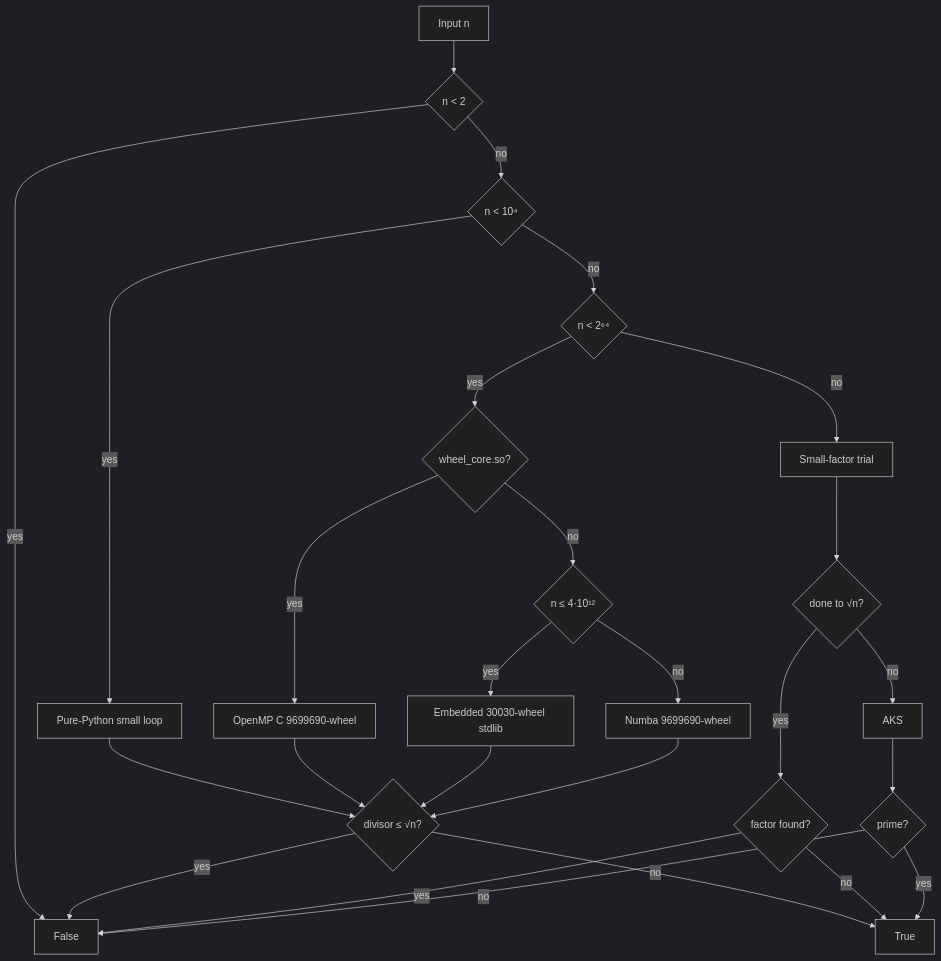
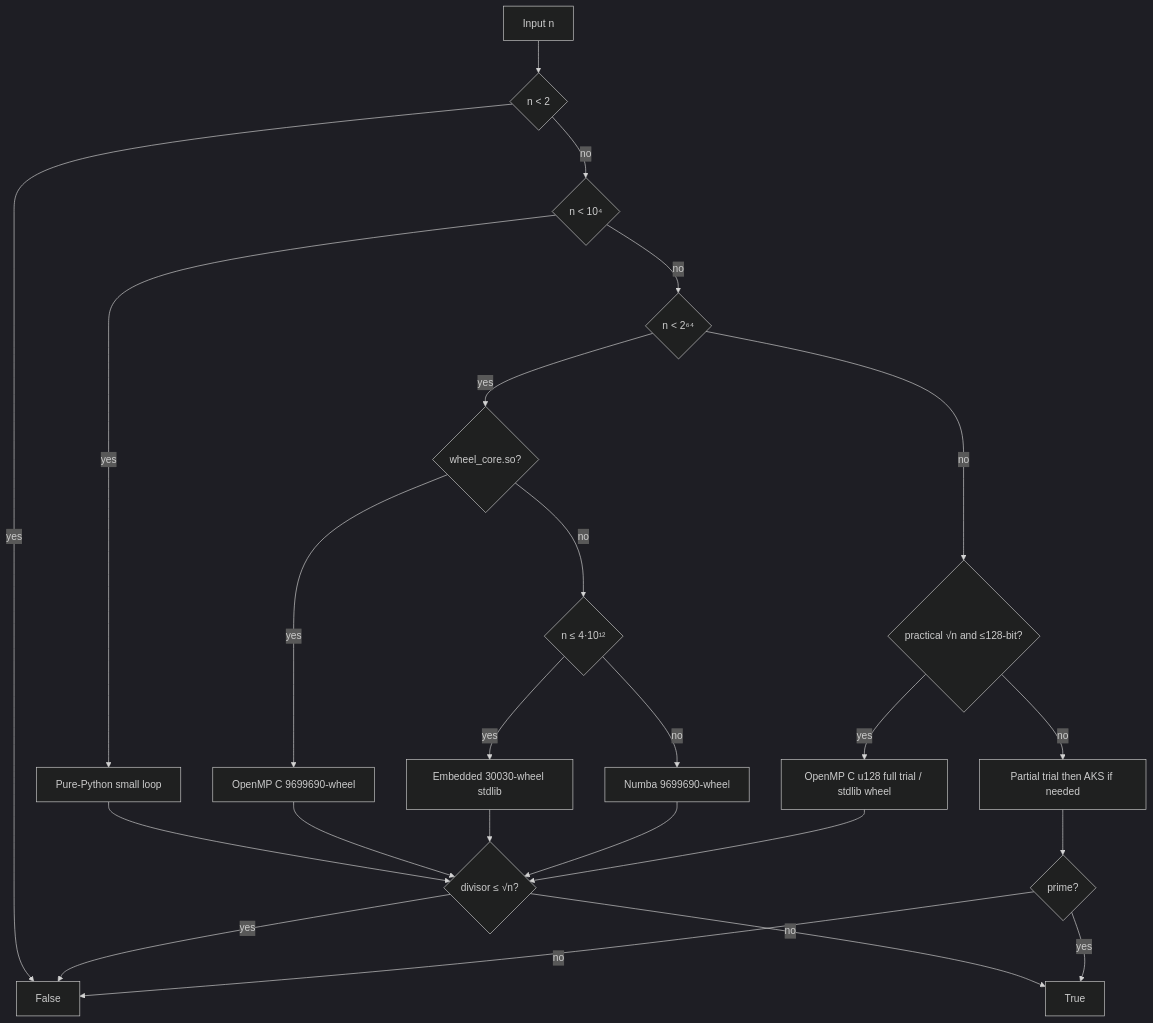
One commit to BurakAhmet/Best-Prime-Number-Function changed the diagram in README.md. Above: the diagram before and after it, drawn with Mermaid (dark theme). The commit also changed other lines of this file and 12 other files, not shown here.

First line of the commit message:
feat(v1.3.0): OpenMP u128 full trial for practical multi-limb primes

````diff
--- a/README.md
+++ b/README.md
@@ -121,28 +126,26 @@
 ```mermaid
 flowchart TD
   A[Input n] --> B{n < 2}
   B -->|yes| Z1[False]
   B -->|no| C{n < 10⁴}
   C -->|yes| P1[Pure-Python small loop]
   C -->|no| D{n < 2⁶⁴}
   D -->|yes| E{wheel_core.so?}
   E -->|yes| P2[OpenMP C 9699690-wheel]
   E -->|no| F{n ≤ 4·10¹²}
   F -->|yes| P3[Embedded 30030-wheel stdlib]
   F -->|no| P4[Numba 9699690-wheel]
   P1 --> G{divisor ≤ √n?}
   P2 --> G
   P3 --> G
   P4 --> G
   G -->|yes| Z1
   G -->|no| Z2[True]
-  D -->|no| H[Small-factor trial]
-  H --> I{done to √n?}
-  I -->|yes| J{factor found?}
-  J -->|yes| Z1
-  J -->|no| Z2
-  I -->|no| K[AKS]
-  K --> L{prime?}
+  D -->|no| H{practical √n and ≤128-bit?}
+  H -->|yes| P5[OpenMP C u128 full trial / stdlib wheel]
+  P5 --> G
+  H -->|no| I[Partial trial then AKS if needed]
+  I --> L{prime?}
   L -->|yes| Z2
   L -->|no| Z1
 ```
````
